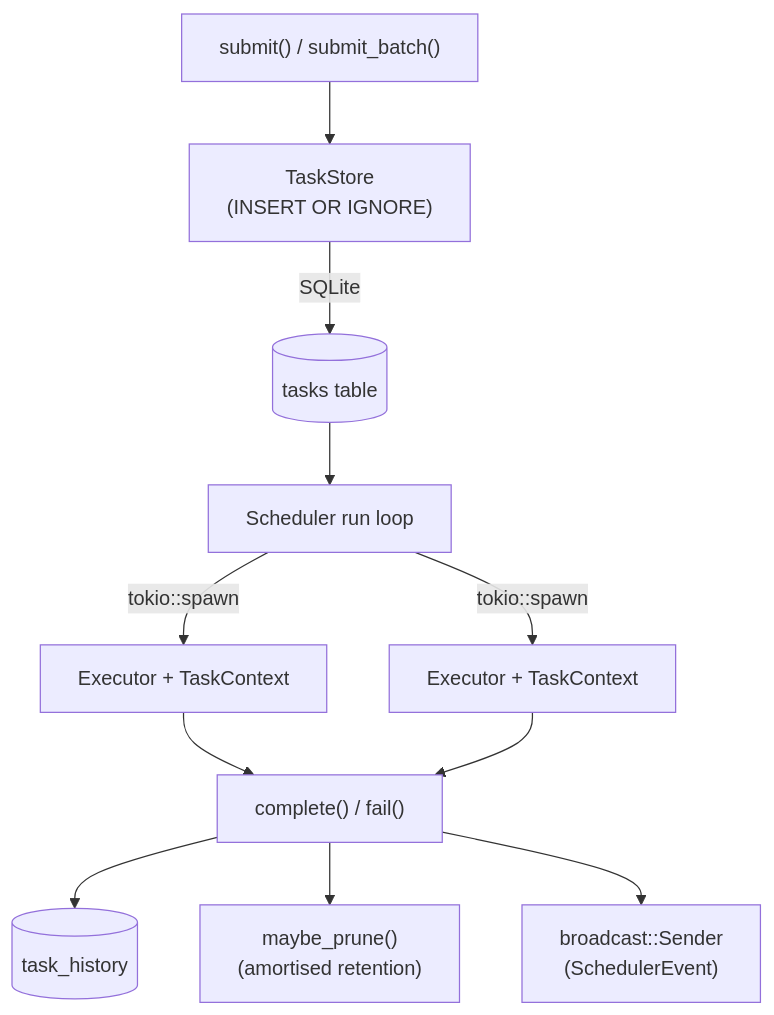
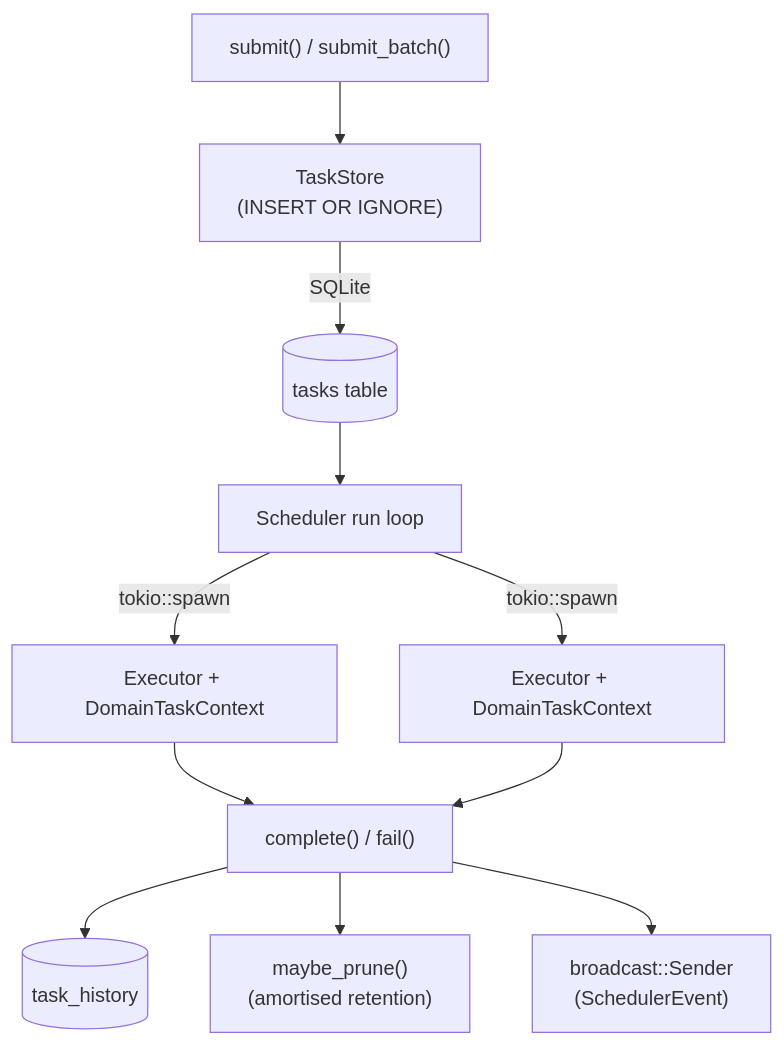
One commit to deepjoy/taskmill changed the first of 2 diagrams in docs/design.md. Above: the diagram before and after it, drawn with Mermaid. The commit also changed other lines of this file and 40 other files, not shown here.

````diff
--- a/docs/design.md
+++ b/docs/design.md
@@ -62,13 +62,13 @@
 ```mermaid
 flowchart TD
     S["submit() / submit_batch()"] --> TS["TaskStore\n(INSERT OR IGNORE)"]
     TS --> |SQLite| DB[(tasks table)]
     DB --> SCH["Scheduler run loop"]
-    SCH --> |"tokio::spawn"| E1["Executor + TaskContext"]
-    SCH --> |"tokio::spawn"| E2["Executor + TaskContext"]
+    SCH --> |"tokio::spawn"| E1["Executor + DomainTaskContext"]
+    SCH --> |"tokio::spawn"| E2["Executor + DomainTaskContext"]
     E1 --> CF["complete() / fail()"]
     E2 --> CF
     CF --> HIST[(task_history)]
     CF --> PRUNE["maybe_prune()\n(amortised retention)"]
     CF --> EVT["broadcast::Sender\n(SchedulerEvent)"]
 ```
````
